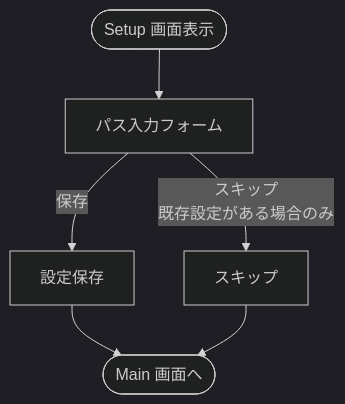
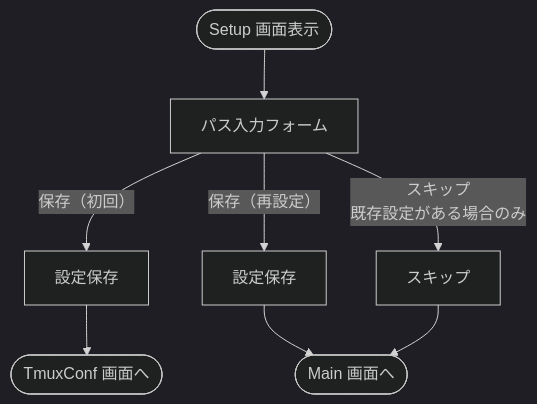
One commit to masaway/muxflow changed the third of 9 diagrams in documents/screen-flow.md. Above: the diagram before and after it, drawn with Mermaid (dark theme). The commit also changed other lines of this file and 4 other files, not shown here.

````diff
--- a/documents/screen-flow.md
+++ b/documents/screen-flow.md
@@ -45,8 +48,10 @@
 ```mermaid
 flowchart TD
     SETUP_START([Setup 画面表示]) --> INPUT[パス入力フォーム]
-    INPUT -->|保存| SAVE[設定保存]
+    INPUT -->|保存（初回）| SAVE_FIRST[設定保存]
+    INPUT -->|保存（再設定）| SAVE[設定保存]
     INPUT -->|スキップ\n既存設定がある場合のみ| SKIP[スキップ]
+    SAVE_FIRST --> TMUXCONF([TmuxConf 画面へ])
     SAVE --> MAIN([Main 画面へ])
     SKIP --> MAIN
 ```
````
